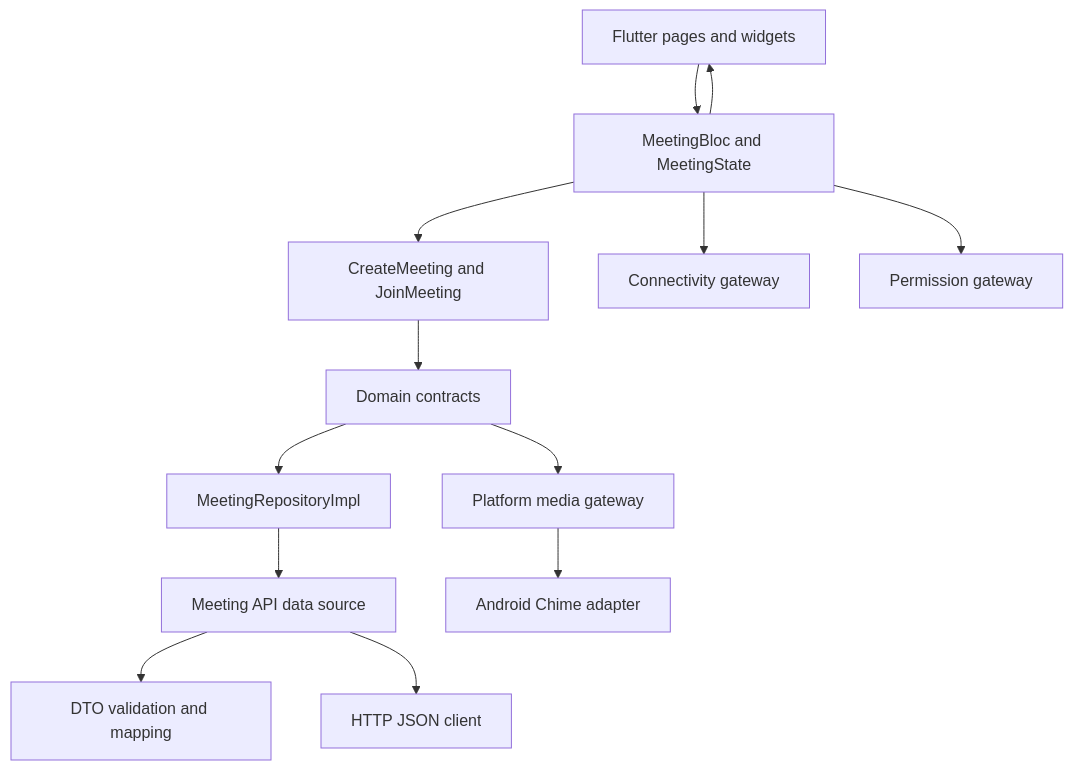
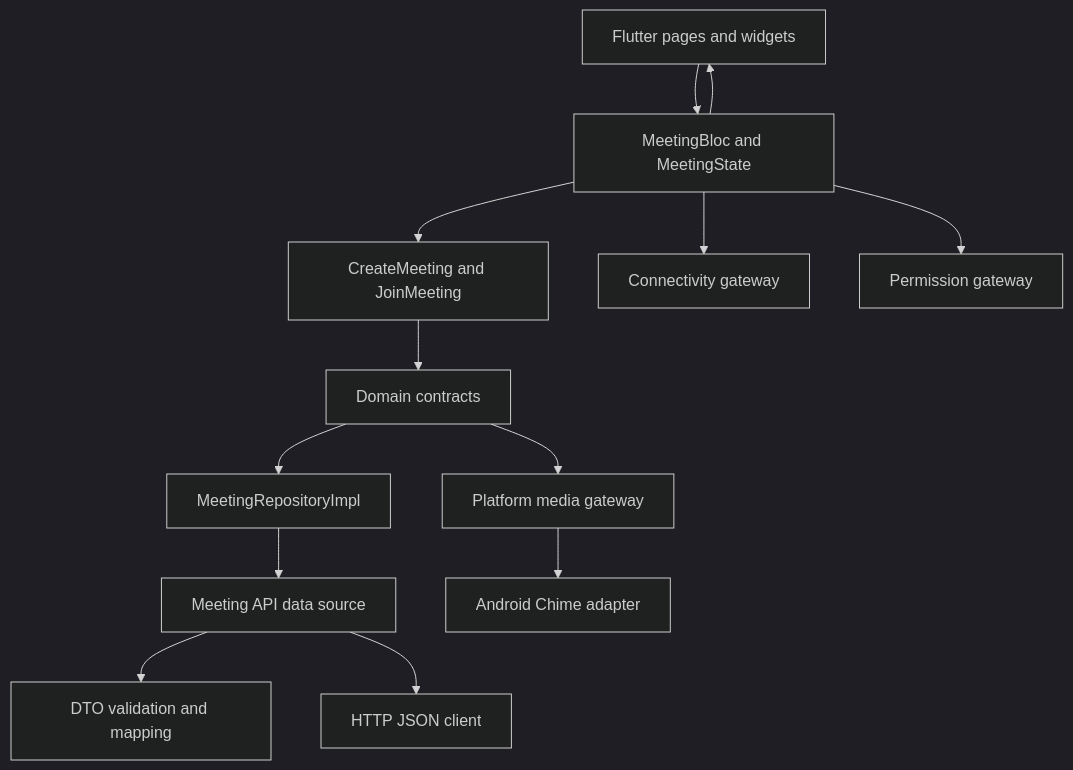
Before and after one commit to maharudraabhishek/chime_meeting_demo: the second of 10 diagrams in README.md, drawn with Mermaid. The commit also changed other lines of this file and 6 other files, not shown here.

````diff
--- a/README.md
+++ b/README.md
@@ -102,15 +175,16 @@
 ```mermaid
-flowchart TD
-    A[Flutter pages and widgets] --> B[MeetingBloc and MeetingState]
-    B --> A
-    B --> C[CreateMeeting and JoinMeeting]
-    B --> D[Connectivity gateway]
-    B --> E[Permission gateway]
-    C --> F[Domain contracts]
-    F --> G[MeetingRepositoryImpl]
-    F --> H[Platform media gateway]
-    G --> I[Meeting API data source]
-    I --> J[DTO validation and mapping]
-    I --> K[HTTP JSON client]
-    H --> L[Android Chime adapter]
+%%{init: {"theme":"dark","darkMode":true}}%%
+graph TD;
+    A[Flutter pages and widgets] --> B[MeetingBloc and MeetingState];
+    B --> A;
+    B --> C[CreateMeeting and JoinMeeting];
+    B --> D[Connectivity gateway];
+    B --> E[Permission gateway];
+    C --> F[Domain contracts];
+    F --> G[MeetingRepositoryImpl];
+    F --> H[Platform media gateway];
+    G --> I[Meeting API data source];
+    I --> J[DTO validation and mapping];
+    I --> K[HTTP JSON client];
+    H --> L[Android Chime adapter];
 ```
````
